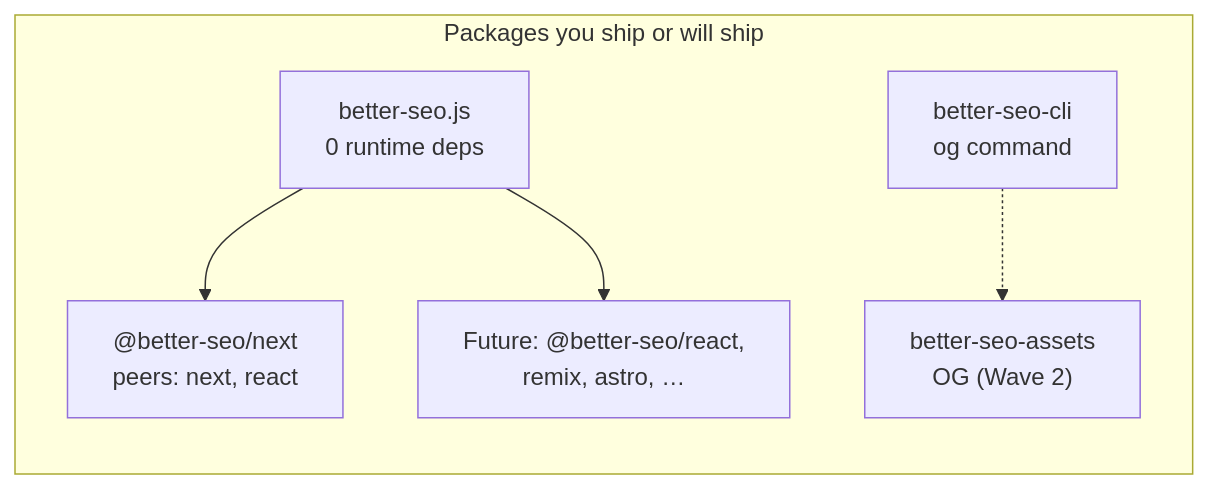
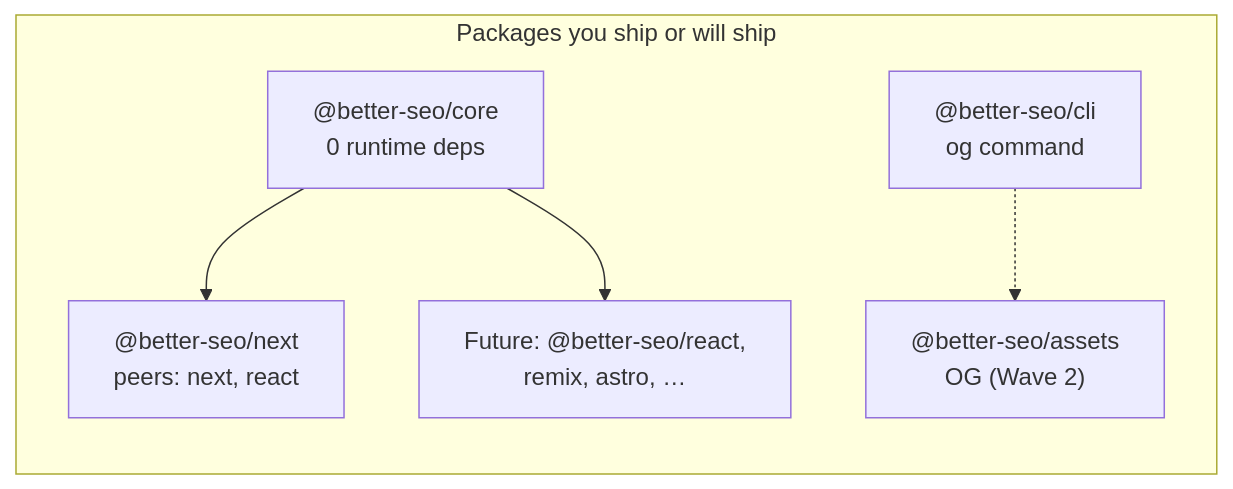
The second of 2 diagrams in README.md (0xMilord/better-seo-js), drawn with Mermaid before and after one commit. The commit also changed other lines of this file and 44 other files, not shown here.

````diff
--- a/README.md
+++ b/README.md
@@ -144,14 +144,14 @@
 ```mermaid
 flowchart LR
   subgraph pkgs [Packages you ship or will ship]
-    CORE["better-seo.js\n0 runtime deps"]
+    CORE["@better-seo/core\n0 runtime deps"]
     NEXT["@better-seo/next\npeers: next, react"]
     FUTURE["Future: @better-seo/react,\nremix, astro, …"]
-    ASSETS["better-seo-assets\nOG (Wave 2)"]
-    CLI["better-seo-cli\nog command"]
+    ASSETS["@better-seo/assets\nOG (Wave 2)"]
+    CLI["@better-seo/cli\nog command"]
   end
 
   CORE --> NEXT
   CORE --> FUTURE
   CLI -.-> ASSETS
 ```
````
